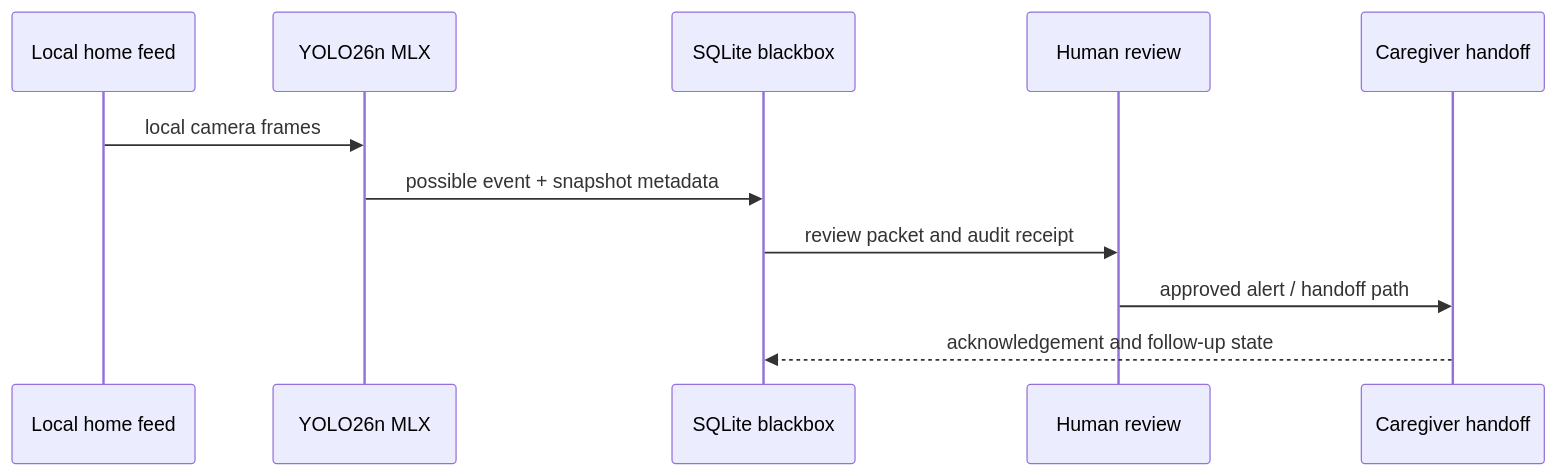
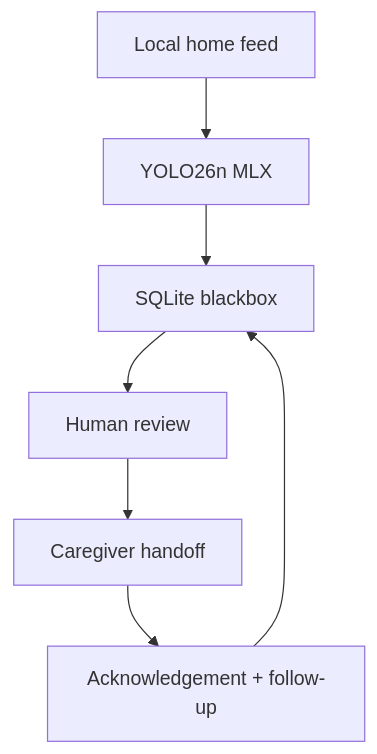
Before and after one commit to Vel-Labs/CareSight: the diagram in hackathon/README.md, drawn with Mermaid. The commit also changed other lines of this file and 19 other files, not shown here.

Commit message:
Tighten README diagrams and remove poster asset

````diff
--- a/hackathon/README.md
+++ b/hackathon/README.md
@@ -36,14 +32,16 @@
 ```mermaid
-sequenceDiagram
-  participant Home as Local home feed
-  participant Vision as YOLO26n MLX
-  participant Store as SQLite blackbox
-  participant Review as Human review
-  participant Caregiver as Caregiver handoff
+flowchart TD
+  Feed["Local home feed"]
+  Vision["YOLO26n MLX"]
+  Store["SQLite blackbox"]
+  Review["Human review"]
+  Handoff["Caregiver handoff"]
+  Receipt["Acknowledgement + follow-up"]
 
-  Home->>Vision: local camera frames
-  Vision->>Store: possible event + snapshot metadata
-  Store->>Review: review packet and audit receipt
-  Review->>Caregiver: approved alert / handoff path
-  Caregiver-->>Store: acknowledgement and follow-up state
+  Feed --> Vision
+  Vision --> Store
+  Store --> Review
+  Review --> Handoff
+  Handoff --> Receipt
+  Receipt --> Store
 ```
````
